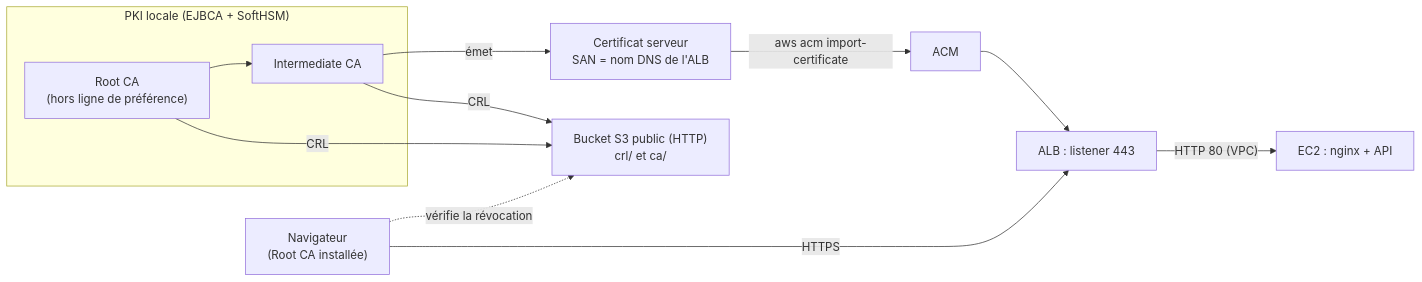
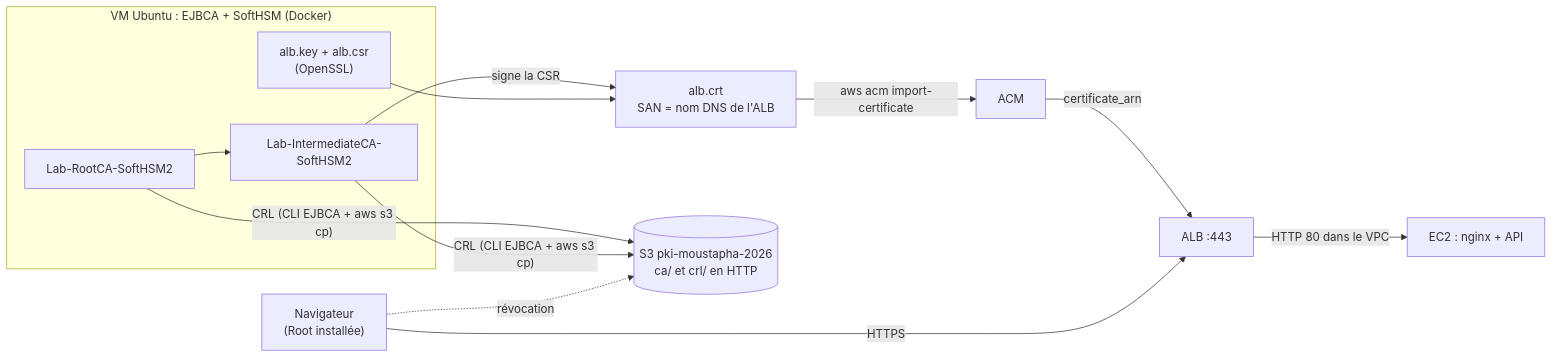
Before and after one commit to kamoustaph/pki-aws-terraform-rendezvous: the diagram in docs/PKI-HTTPS-YOON.md, drawn with Mermaid. The commit also changed other lines of this file and 4 other files, not shown here.

Commit message:
docs: README a jour, procedure et compte rendu du HTTPS avec EJBCA

````diff
--- a/docs/PKI-HTTPS-YOON.md
+++ b/docs/PKI-HTTPS-YOON.md
@@ -28,14 +30,15 @@
 ```mermaid
 flowchart LR
-  subgraph PKI["PKI locale (EJBCA + SoftHSM)"]
-    ROOT["Root CA<br/>(hors ligne de préférence)"] --> INT["Intermediate CA"]
+  subgraph VM["VM Ubuntu : EJBCA + SoftHSM (Docker)"]
+    ROOT["Lab-RootCA-SoftHSM2"] --> INT["Lab-IntermediateCA-SoftHSM2"]
+    KEY["alb.key + alb.csr<br/>(OpenSSL)"]
   end
-  INT -- "émet" --> CERT["Certificat serveur<br/>SAN = nom DNS de l'ALB"]
-  INT -- "CRL" --> S3["Bucket S3 public (HTTP)<br/>crl/ et ca/"]
-  ROOT -- "CRL" --> S3
-  CERT -- "aws acm import-certificate" --> ACM["ACM"]
-  ACM --> ALB["ALB : listener 443"]
-  ALB -- "HTTP 80 (VPC)" --> EC2["EC2 : nginx + API"]
-  USER["Navigateur<br/>(Root CA installée)"] -- "HTTPS" --> ALB
-  USER -. "vérifie la révocation" .-> S3
+  INT -- "signe la CSR" --> CRT["alb.crt<br/>SAN = nom DNS de l'ALB"]
+  KEY --> CRT
+  ROOT & INT -- "CRL (CLI EJBCA + aws s3 cp)" --> S3[("S3 pki-moustapha-2026<br/>ca/ et crl/ en HTTP")]
+  CRT -- "aws acm import-certificate" --> ACM["ACM"]
+  ACM -- "certificate_arn" --> ALB["ALB :443"]
+  ALB -- "HTTP 80 dans le VPC" --> EC2["EC2 : nginx + API"]
+  NAV["Navigateur<br/>(Root installée)"] -- "HTTPS" --> ALB
+  NAV -. "révocation" .-> S3
 ```
````
